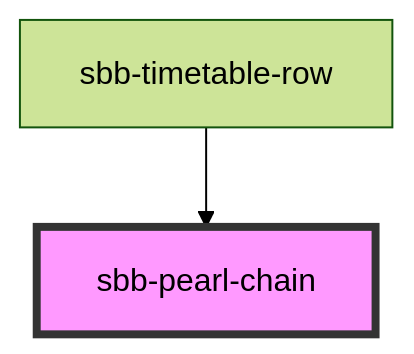
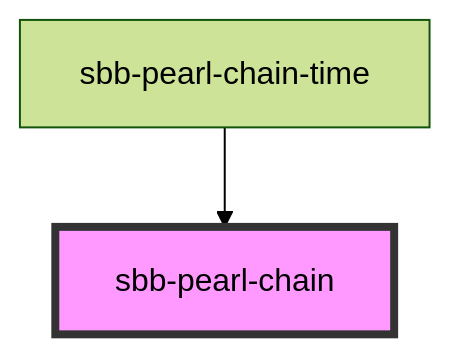
One commit to sbb-design-systems/lyne-components changed the diagram in src/components/sbb-pearl-chain/readme.md. Above: the diagram before and after it, drawn with Mermaid (forest theme). The commit also changed other lines of this file and 15 other files, not shown here.

````diff
--- a/src/components/sbb-pearl-chain/readme.md
+++ b/src/components/sbb-pearl-chain/readme.md
@@ -21,5 +21,5 @@
 ```mermaid
 graph TD;
-  sbb-timetable-row --> sbb-pearl-chain
+  sbb-pearl-chain-time --> sbb-pearl-chain
   style sbb-pearl-chain fill:#f9f,stroke:#333,stroke-width:4px
 ```
````
